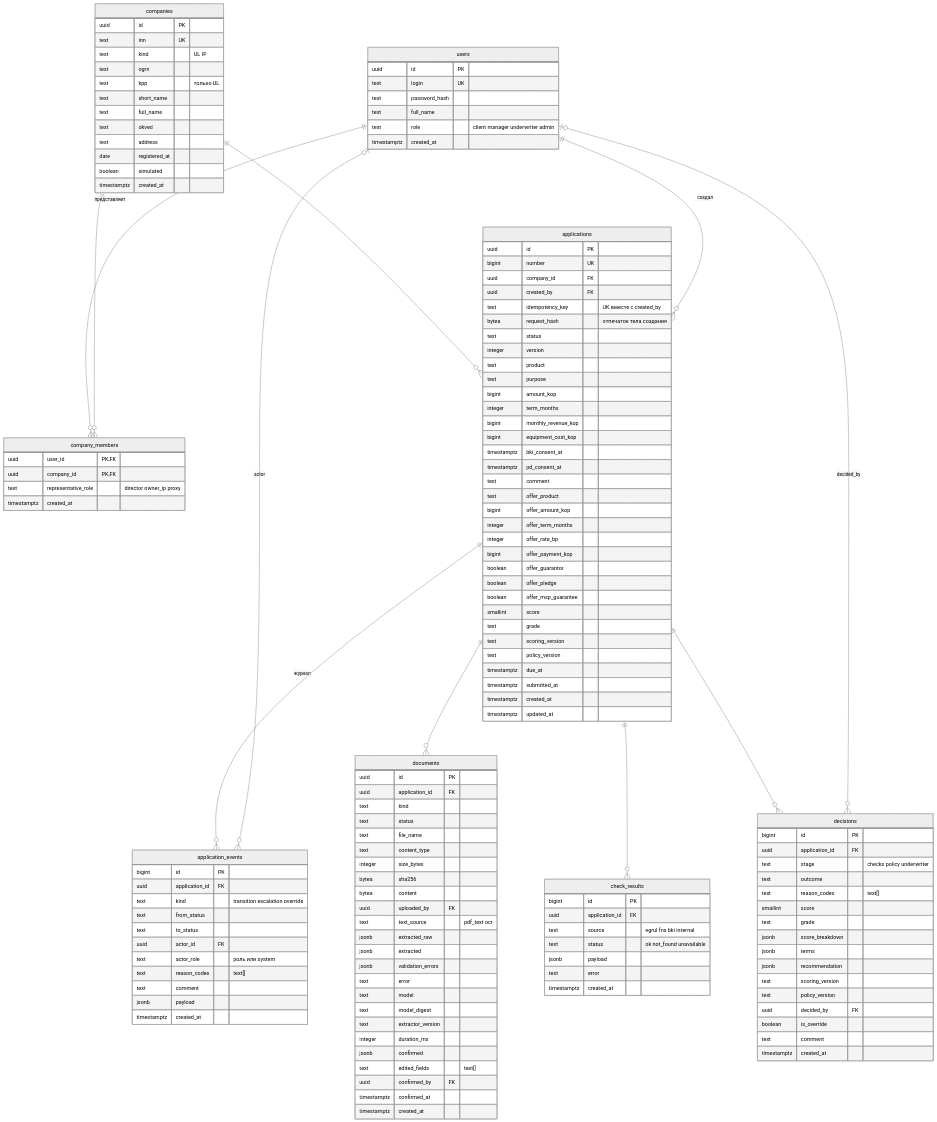
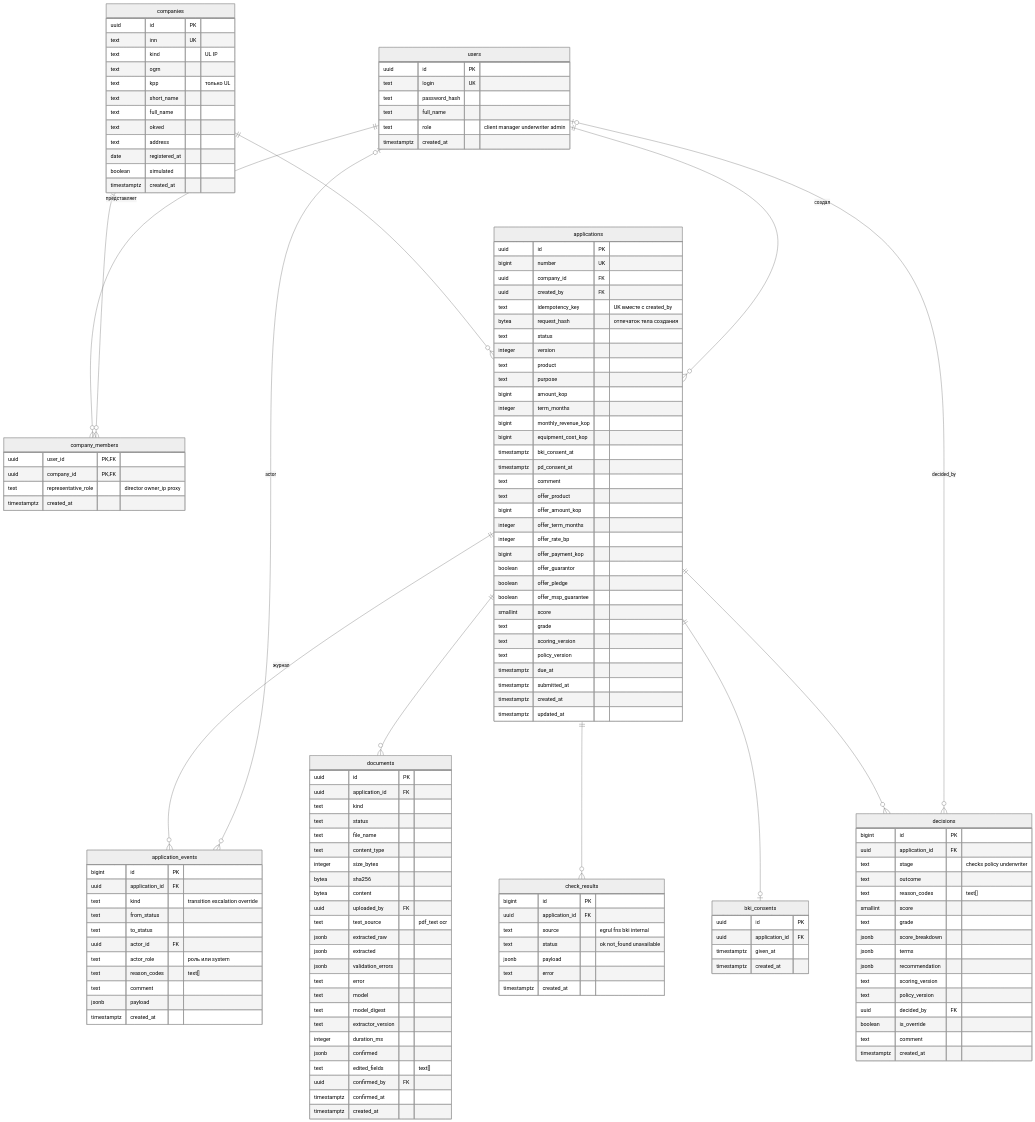
Before and after one commit to swagswa/alfa-credit-cabinet: the diagram in docs/data-model.md, drawn with Mermaid (neutral theme). The commit also changed other lines of this file and 21 other files, not shown here.

```diff
--- a/docs/data-model.md
+++ b/docs/data-model.md
@@ -11,6 +11,7 @@
     applications ||--o{ application_events : "журнал"
     applications ||--o{ documents : ""
     applications ||--o{ check_results : ""
+    applications ||--o| bki_consents : ""
     applications ||--o{ decisions : ""
     users |o--o{ application_events : "actor"
     users |o--o{ decisions : "decided_by"
@@ -117,6 +118,12 @@
         timestamptz confirmed_at
         timestamptz created_at
     }
+    bki_consents {
+        uuid id PK
+        uuid application_id FK
+        timestamptz given_at
+        timestamptz created_at
+    }
     check_results {
         bigint id PK
         uuid application_id FK
```
